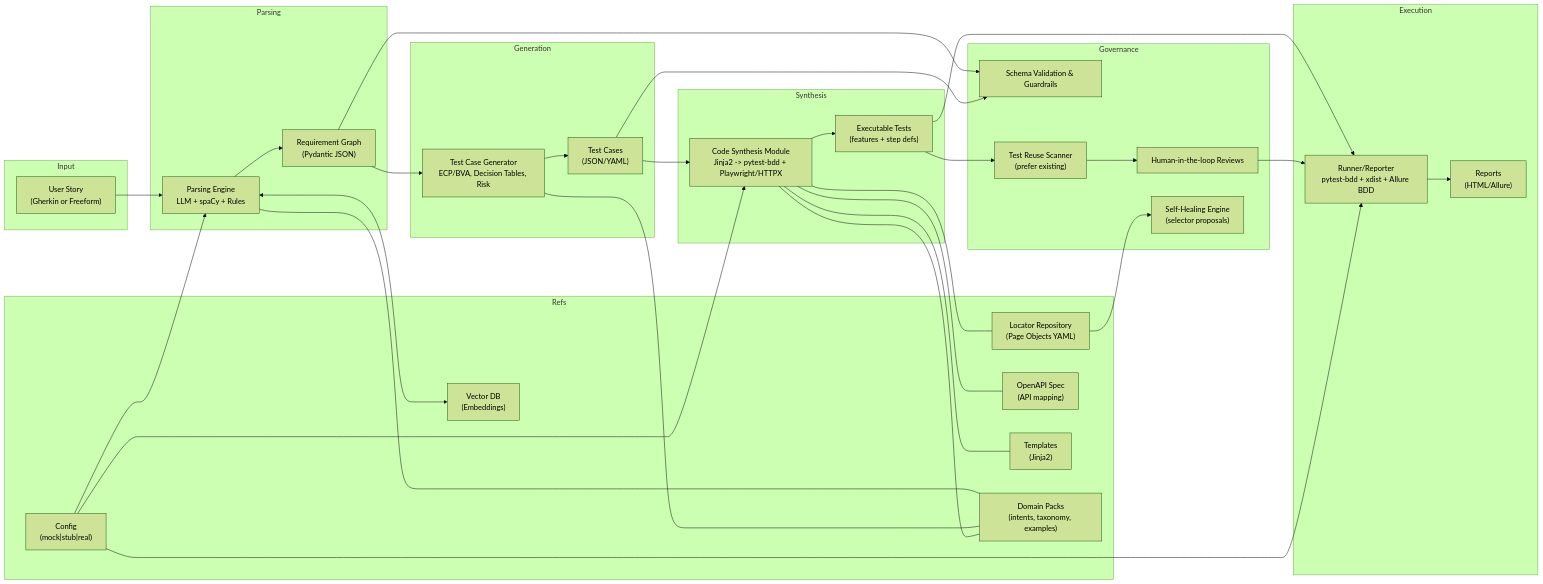
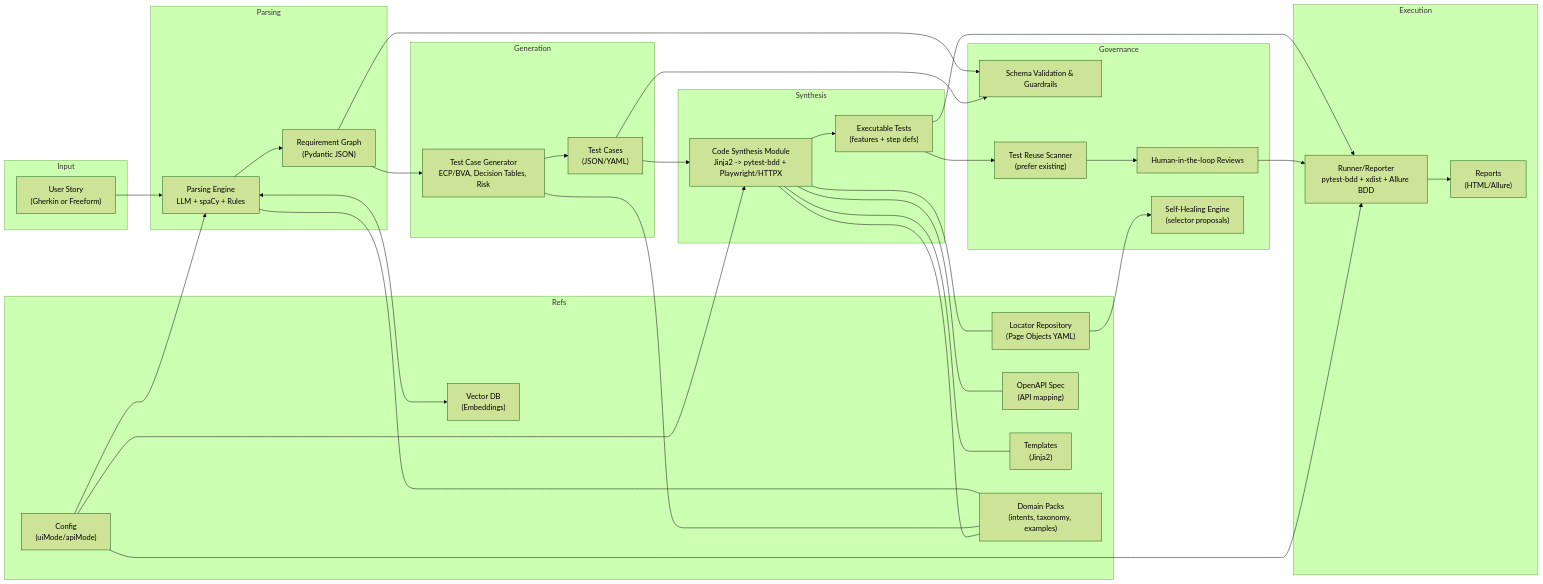
One commit to raaja-g/specweaver-ai changed the first of 2 diagrams in docs/01-architecture.md. Above: the diagram before and after it, drawn with Mermaid (forest theme). The commit also changed other lines of this file and 6 other files, not shown here.

Commit message:
docs: add user-controllable uiMode/apiMode toggles across UI/API/MCP and mapping

````diff
--- a/docs/01-architecture.md
+++ b/docs/01-architecture.md
@@ -14,60 +14,60 @@
 ```mermaid
 flowchart LR
   subgraph Input
     US["User Story\n(Gherkin or Freeform)"]
   end
 
   subgraph Parsing
     PE["Parsing Engine\nLLM + spaCy + Rules"]
     RG["Requirement Graph\n(Pydantic JSON)"]
   end
 
   subgraph Generation
     TCG["Test Case Generator\nECP/BVA, Decision Tables, Risk"]
     TCS["Test Cases\n(JSON/YAML)"]
   end
 
   subgraph Synthesis
     CSM["Code Synthesis Module\nJinja2 -> pytest-bdd + Playwright/HTTPX"]
     TESTS["Executable Tests\n(features + step defs)"]
   end
 
   subgraph Execution
     RUN["Runner/Reporter\npytest-bdd + xdist + Allure BDD"]
     RPTS["Reports\n(HTML/Allure)"]
   end
 
   US --> PE --> RG --> TCG --> TCS --> CSM --> TESTS --> RUN --> RPTS
 
   subgraph Refs
     LOC["Locator Repository\n(Page Objects YAML)"]
     OAS["OpenAPI Spec\n(API mapping)"]
     TMP["Templates\n(Jinja2)"]
     VDB["Vector DB\n(Embeddings)"]
-    CFG["Config\n(mock|stub|real)"]
+    CFG["Config\n(uiMode/apiMode)"]
     DP["Domain Packs\n(intents, taxonomy, examples)"]
   end
 
   PE <---> VDB
   CSM ---- TMP
   CSM ---- LOC
   CSM ---- OAS
   PE ---- DP
   TCG ---- DP
   CSM ---- DP
 
   subgraph Governance
     HIL["Human-in-the-loop Reviews"]
     VER["Schema Validation & Guardrails"]
     REUSE["Test Reuse Scanner\n(prefer existing)"]
     HEAL["Self-Healing Engine\n(selector proposals)"]
   end
 
   RG --> VER
   TCS --> VER
   TESTS --> REUSE --> HIL --> RUN
   LOC --> HEAL
   CFG --> RUN
   CFG --> CSM
   CFG --> PE
 ```
````
